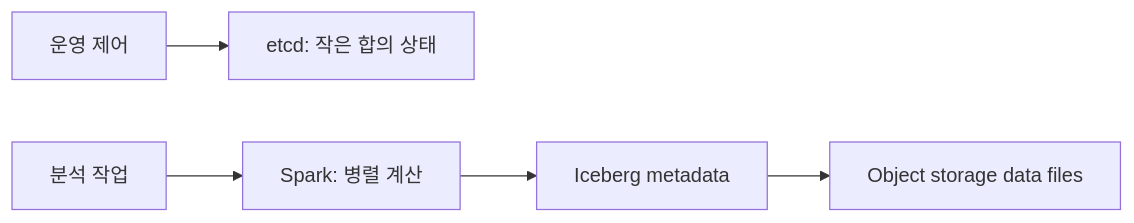
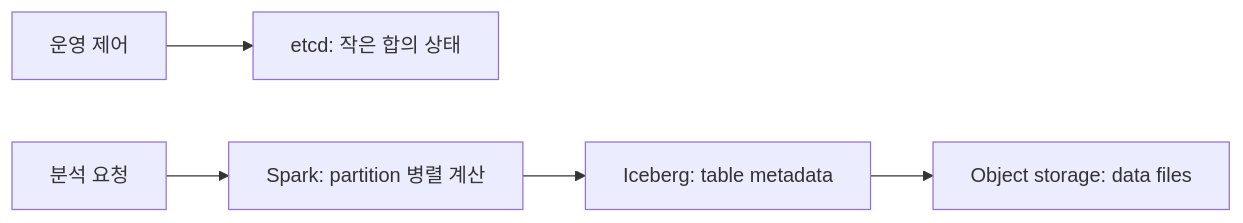
Before and after one commit to mj006648/netai-devsecops-runbook: the diagram in learning/distributed-systems/12-etcd-spark-iceberg-and-storage.md, drawn with Mermaid. The commit also changed other lines of this file and 24 other files, not shown here.

````diff
--- a/learning/distributed-systems/12-etcd-spark-iceberg-and-storage.md
+++ b/learning/distributed-systems/12-etcd-spark-iceberg-and-storage.md
@@ -96,7 +7,7 @@
 ```mermaid
 flowchart LR
  A[운영 제어] --> E[etcd: 작은 합의 상태]
- J[분석 작업] --> S[Spark: 병렬 계산]
- S --> I[Iceberg metadata]
- I --> O[Object storage data files]
+ J[분석 요청] --> S[Spark: partition 병렬 계산]
+ S --> I[Iceberg: table metadata]
+ I --> O[Object storage: data files]
 ```
````
